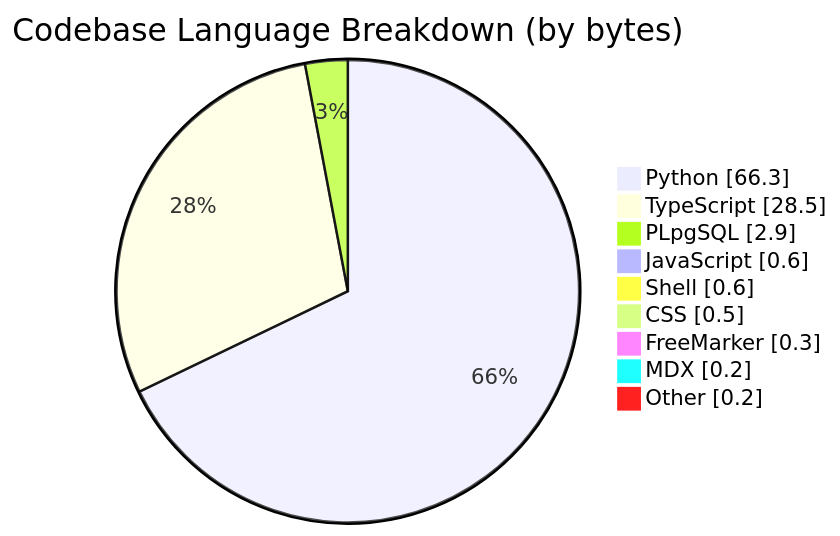
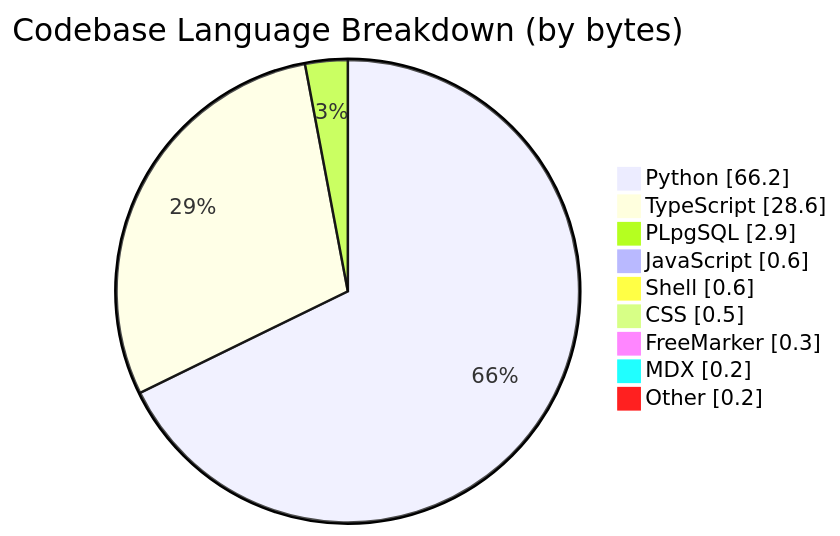
One commit to CSTH-Projects/.github changed the third of 4 diagrams in profile/README.md. Above: the diagram before and after it, drawn with Mermaid. The commit also changed other lines of this file, not shown here.

````diff
--- a/profile/README.md
+++ b/profile/README.md
@@ -63,13 +63,13 @@
 ```mermaid
 pie showData
     title Codebase Language Breakdown (by bytes)
-    "Python" : 66.3
-    "TypeScript" : 28.5
+    "Python" : 66.2
+    "TypeScript" : 28.6
     "PLpgSQL" : 2.9
     "JavaScript" : 0.6
     "Shell" : 0.6
     "CSS" : 0.5
     "FreeMarker" : 0.3
     "MDX" : 0.2
     "Other" : 0.2
 ```
````
